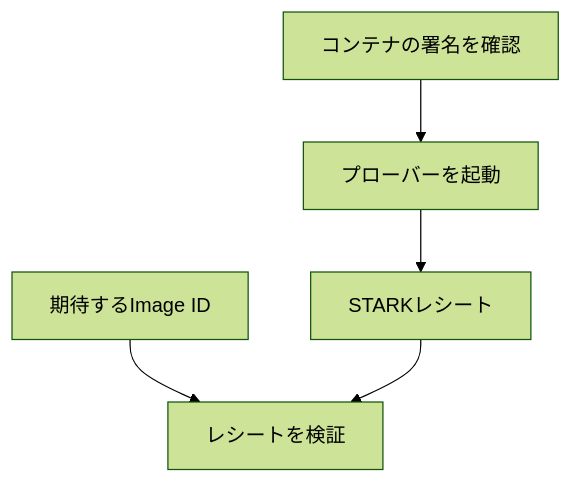
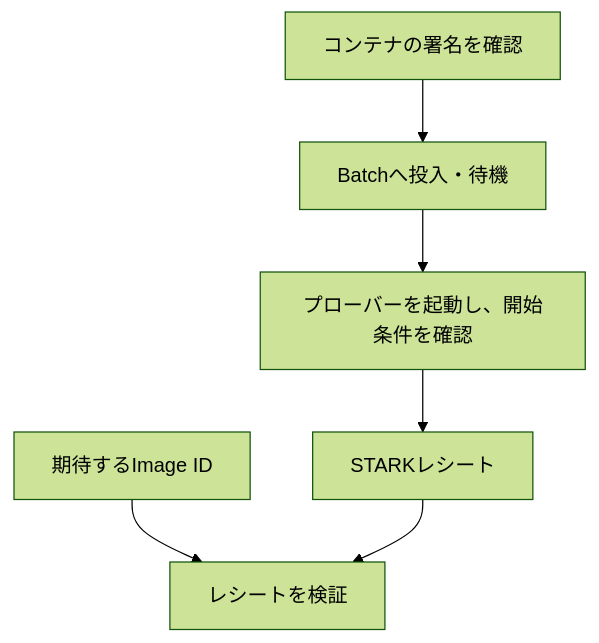
One commit to hwatanabe-jp/stark-ballot-simulator-public changed the first of 2 diagrams in public-book/src/aws/image-signing.md. Above: the diagram before and after it, drawn with Mermaid (forest theme). The commit also changed other lines of this file and 835 other files, not shown here.

````diff
--- a/public-book/src/aws/image-signing.md
+++ b/public-book/src/aws/image-signing.md
@@ -16,7 +16,8 @@
 ```mermaid
 flowchart TB
-  C["コンテナの署名を確認"] --> P["プローバーを起動"]
+  C["コンテナの署名を確認"] --> B["Batchへ投入・待機"]
+  B --> P["プローバーを起動し、開始条件を確認"]
   P --> R["STARKレシート"]
   I["期待するImage ID"] --> V["レシートを検証"]
   R --> V
 ```
````
